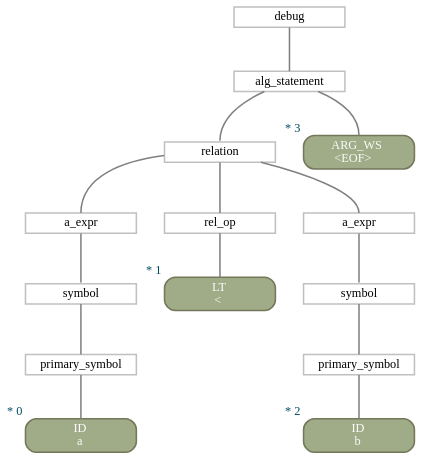
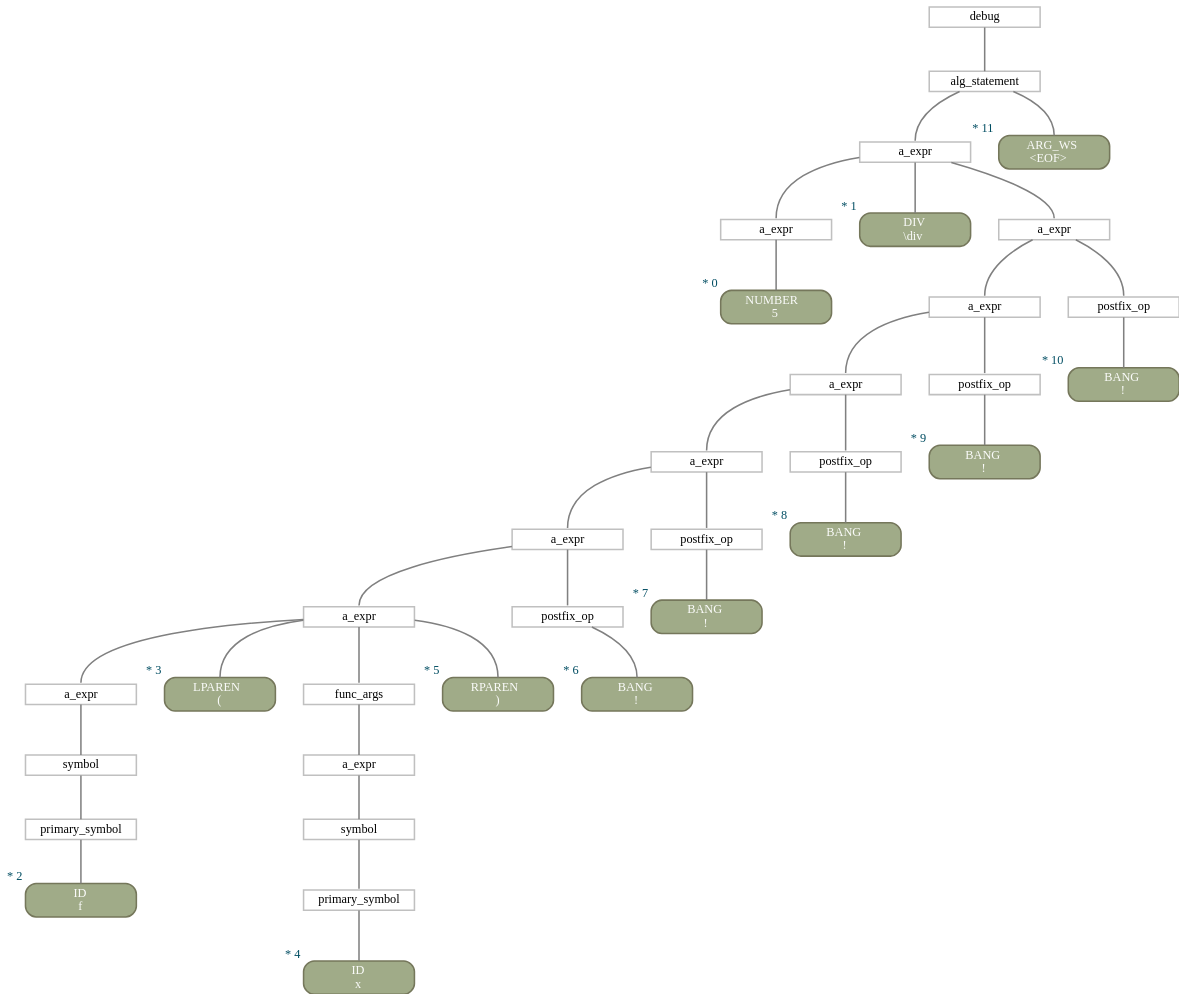
Before and after one commit to zarstensen/obsidian-latex-math: the diagram in lmat-cas-client/out.dot, drawn with Graphviz. The commit also changed 21 other files, not shown here.

```diff
--- a/lmat-cas-client/out.dot
+++ b/lmat-cas-client/out.dot
@@ -1,45 +1,85 @@
 digraph "Parse Tree" {
 rankdir=TB;
 splines=true;
 nodesep=0.45;
 ranksep=0.7;
 pad=0.0;
 ordering=out;
 subgraph {
 node [shape=box, margin="0,0.05", height=0, width=1.75, style=filled, fillcolor="#FFFFFF", color="#C0C0C0", penwidth=1.75];
-1 [label="primary_symbol"];
-2 [label=symbol];
-3 [label="a_expr"];
-5 [label="rel_op"];
-7 [label="primary_symbol"];
-8 [label=symbol];
-9 [label="a_expr"];
-10 [label=relation];
-12 [label="alg_statement"];
-13 [label=debug];
+1 [label="a_expr"];
+4 [label="primary_symbol"];
+5 [label=symbol];
+6 [label="a_expr"];
+9 [label="primary_symbol"];
+10 [label=symbol];
+11 [label="a_expr"];
+12 [label="func_args"];
+14 [label="a_expr"];
+16 [label="postfix_op"];
+17 [label="a_expr"];
+19 [label="postfix_op"];
+20 [label="a_expr"];
+22 [label="postfix_op"];
+23 [label="a_expr"];
+25 [label="postfix_op"];
+26 [label="a_expr"];
+28 [label="postfix_op"];
+29 [label="a_expr"];
+30 [label="a_expr"];
+32 [label="alg_statement"];
+33 [label=debug];
 }
 subgraph {
 node [shape=box, margin="0,0.05", height=0, width=1.75, style="filled,rounded", fillcolor="#A0AB88", color="#75775B", penwidth=1.75, fontcolor="#FAFBF9"];
-0 [label=<ID<br/><font fontname="monospace">a</font>>, xlabel=<<font color="#004D62">* 0</font>>];
-4 [label=<LT<br/><font fontname="monospace">&lt;</font>>, xlabel=<<font color="#004D62">* 1</font>>];
-6 [label=<ID<br/><font fontname="monospace">b</font>>, xlabel=<<font color="#004D62">* 2</font>>];
-11 [label=<ARG_WS<br/><font fontname="monospace">&lt;EOF&gt;</font>>, xlabel=<<font color="#004D62">* 3</font>>];
+0 [label=<NUMBER<br/><font fontname="monospace">5</font>>, xlabel=<<font color="#004D62">* 0</font>>];
+2 [label=<DIV<br/><font fontname="monospace">\div</font>>, xlabel=<<font color="#004D62">* 1</font>>];
+3 [label=<ID<br/><font fontname="monospace">f</font>>, xlabel=<<font color="#004D62">* 2</font>>];
+7 [label=<LPAREN<br/><font fontname="monospace">(</font>>, xlabel=<<font color="#004D62">* 3</font>>];
+8 [label=<ID<br/><font fontname="monospace">x</font>>, xlabel=<<font color="#004D62">* 4</font>>];
+13 [label=<RPAREN<br/><font fontname="monospace">)</font>>, xlabel=<<font color="#004D62">* 5</font>>];
+15 [label=<BANG<br/><font fontname="monospace">!</font>>, xlabel=<<font color="#004D62">* 6</font>>];
+18 [label=<BANG<br/><font fontname="monospace">!</font>>, xlabel=<<font color="#004D62">* 7</font>>];
+21 [label=<BANG<br/><font fontname="monospace">!</font>>, xlabel=<<font color="#004D62">* 8</font>>];
+24 [label=<BANG<br/><font fontname="monospace">!</font>>, xlabel=<<font color="#004D62">* 9</font>>];
+27 [label=<BANG<br/><font fontname="monospace">!</font>>, xlabel=<<font color="#004D62">* 10</font>>];
+31 [label=<ARG_WS<br/><font fontname="monospace">&lt;EOF&gt;</font>>, xlabel=<<font color="#004D62">* 11</font>>];
 }
 subgraph {
 node [shape=box, margin="0,0.05", height=0, width=1.75, style="filled,rounded", fillcolor="#DD8F7D", color="#BC6A7A", penwidth=1.75, fontcolor="#FAFBF9"];
 }
 edge [arrowhead=none, headport=n, color="#808080", penwidth=1.75];
 1 -> 0;
-2 -> 1;
-3 -> 2;
+4 -> 3;
 5 -> 4;
-7 -> 6;
-8 -> 7;
+6 -> 5;
 9 -> 8;
-10 -> 3;
-10 -> 5;
 10 -> 9;
-12 -> 10;
+11 -> 10;
 12 -> 11;
-13 -> 12;
+14 -> 6;
+14 -> 7;
+14 -> 12;
+14 -> 13;
+16 -> 15;
+17 -> 14;
+17 -> 16;
+19 -> 18;
+20 -> 17;
+20 -> 19;
+22 -> 21;
+23 -> 20;
+23 -> 22;
+25 -> 24;
+26 -> 23;
+26 -> 25;
+28 -> 27;
+29 -> 26;
+29 -> 28;
+30 -> 1;
+30 -> 2;
+30 -> 29;
+32 -> 30;
+32 -> 31;
+33 -> 32;
 }
```
